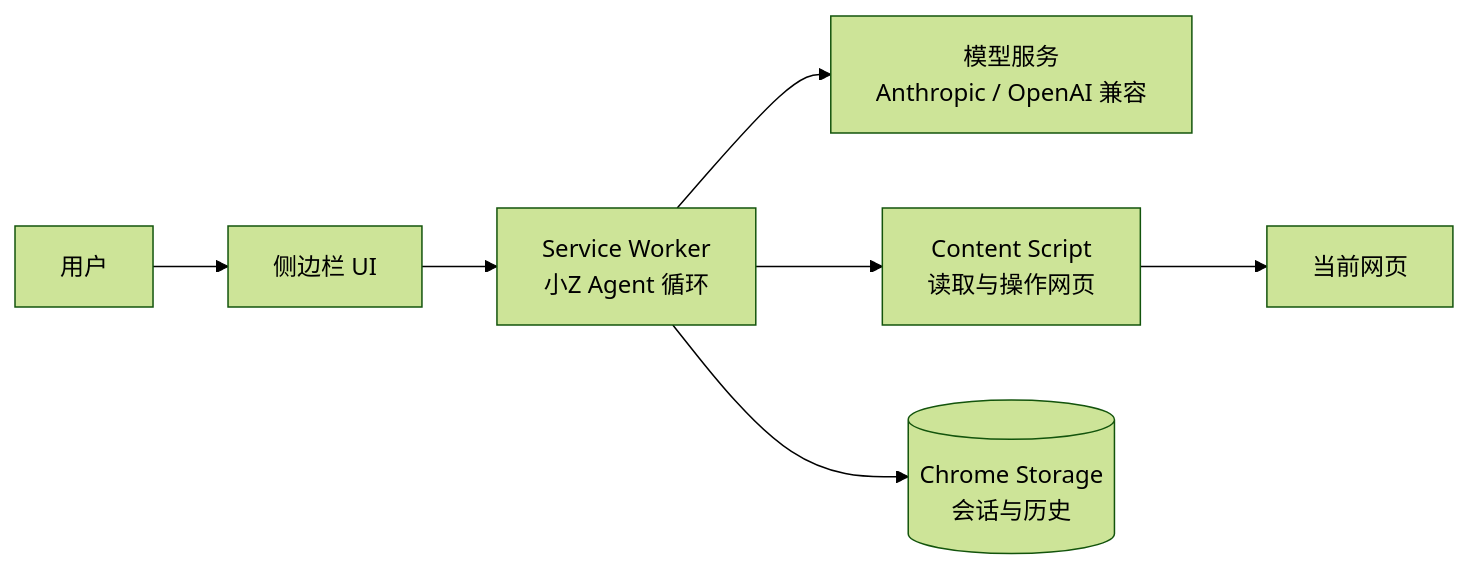
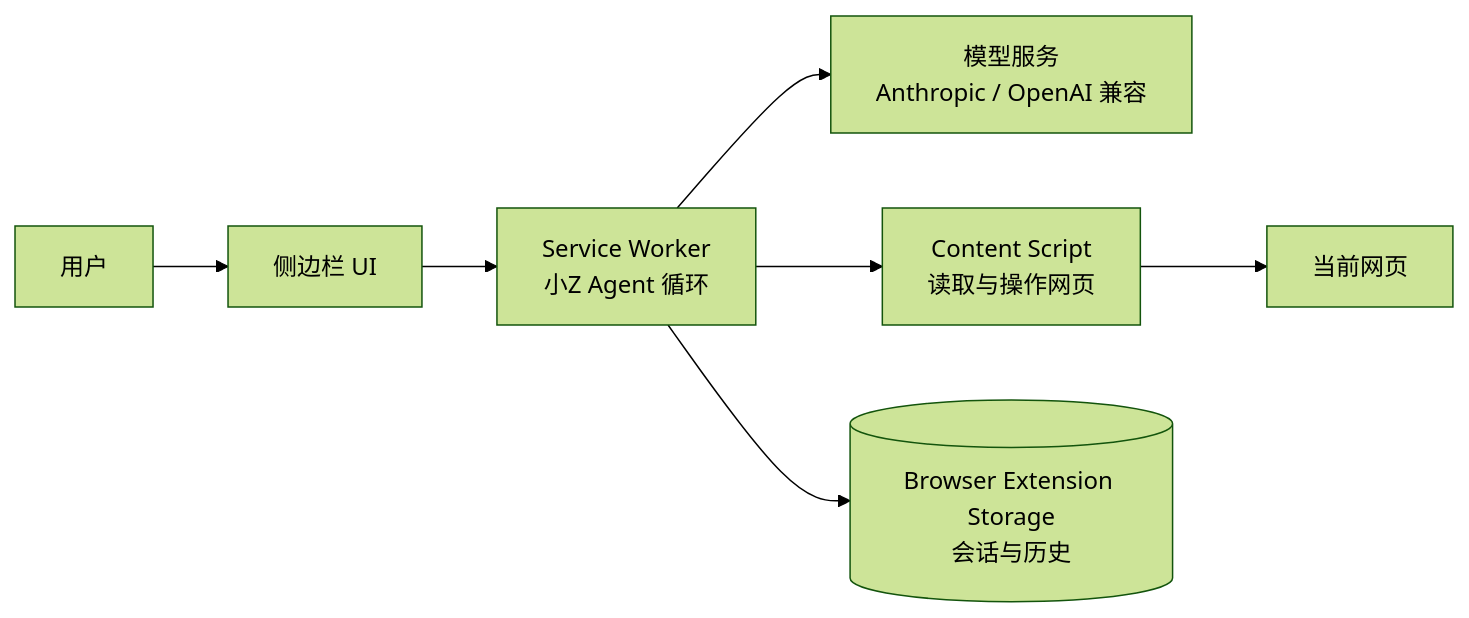
One commit to DoTrungHuy/chrome-page-agent changed the diagram in README.md. Above: the diagram before and after it, drawn with Mermaid (forest theme). The commit also changed other lines of this file and 13 other files, not shown here.

````diff
--- a/README.md
+++ b/README.md
@@ -129,9 +131,9 @@
 ```mermaid
 flowchart LR
     U[用户] --> P[侧边栏 UI]
     P --> SW[Service Worker\n小Z Agent 循环]
     SW --> L[模型服务\nAnthropic / OpenAI 兼容]
     SW --> CS[Content Script\n读取与操作网页]
     CS --> TAB[当前网页]
-    SW --> S[(Chrome Storage\n会话与历史)]
+    SW --> S[(Browser Extension Storage\n会话与历史)]
 ```
````
